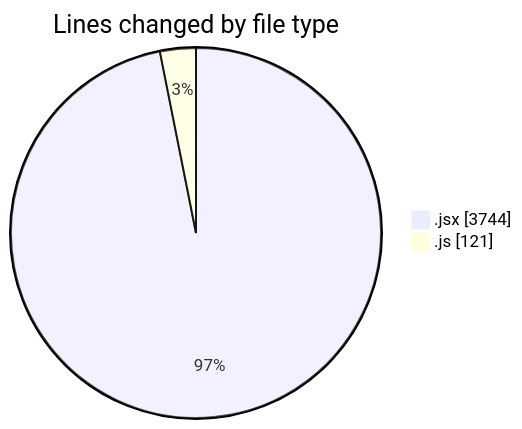
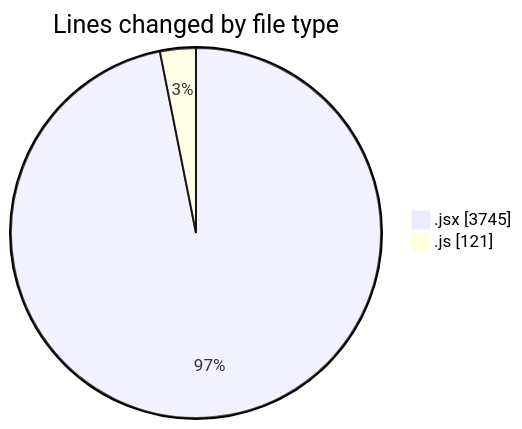
The first of 2 diagrams in 2025-08-01/nxtqube_webapp/README.md (nxtqubesakshisongat/code-tracking), drawn with Mermaid before and after one commit. The commit also changed other lines of this file and 1 other file, not shown here.

````diff
--- a/2025-08-01/nxtqube_webapp/README.md
+++ b/2025-08-01/nxtqube_webapp/README.md
@@ -30,6 +30,6 @@
 ```mermaid
 pie showData
 title Lines changed by file type
-".jsx" : 3744
+".jsx" : 3745
 ".js" : 121
 ```
````
